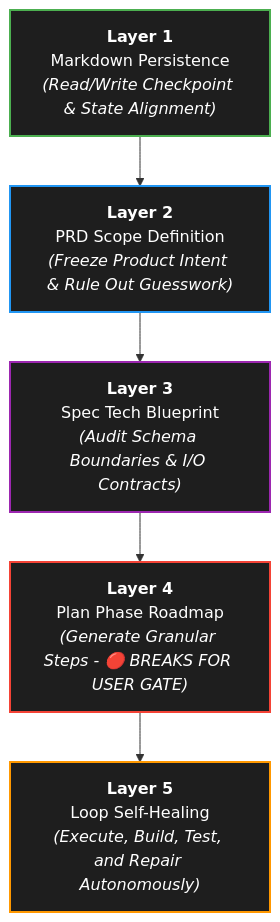
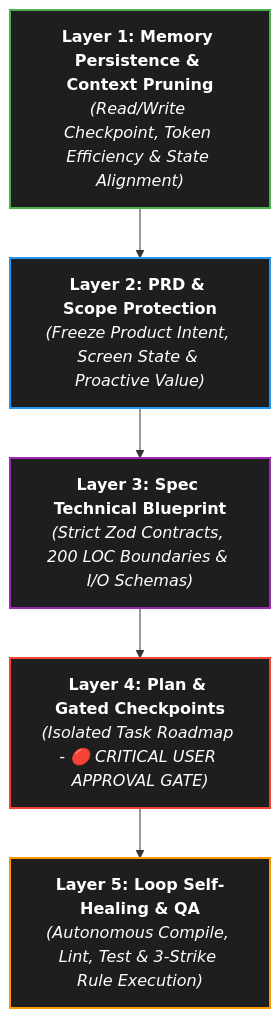
One commit to IDAN2468D/movie-booking-site changed the diagram in .agents/Skills/agent-stack-framework/SKILL.md. Above: the diagram before and after it, drawn with Mermaid. The commit also changed other lines of this file and 5 other files, not shown here.

````diff
--- a/.agents/Skills/agent-stack-framework/SKILL.md
+++ b/.agents/Skills/agent-stack-framework/SKILL.md
@@ -16,14 +16,14 @@
 ```mermaid
 graph TD
-    L1["<b>Layer 1</b><br/>Markdown Persistence<br/><i>(Read/Write Checkpoint & State Alignment)</i>"] --> L2
-    L2["<b>Layer 2</b><br/>PRD Scope Definition<br/><i>(Freeze Product Intent & Rule Out Guesswork)</i>"] --> L3
-    L3["<b>Layer 3</b><br/>Spec Tech Blueprint<br/><i>(Audit Schema Boundaries & I/O Contracts)</i>"] --> L4
-    L4["<b>Layer 4</b><br/>Plan Phase Roadmap<br/><i>(Generate Granular Steps - 🔴 BREAKS FOR USER GATE)</i>"] --> L5
-    L5["<b>Layer 5</b><br/>Loop Self-Healing<br/><i>(Execute, Build, Test, and Repair Autonomously)</i>"]
+    L1["<b>Layer 1: Memory Persistence & Context Pruning</b><br/><i>(Read/Write Checkpoint, Token Efficiency & State Alignment)</i>"] --> L2
+    L2["<b>Layer 2: PRD & Scope Protection</b><br/><i>(Freeze Product Intent, Screen State & Proactive Value)</i>"] --> L3
+    L3["<b>Layer 3: Spec Technical Blueprint</b><br/><i>(Strict Zod Contracts, 200 LOC Boundaries & I/O Schemas)</i>"] --> L4
+    L4["<b>Layer 4: Plan & Gated Checkpoints</b><br/><i>(Isolated Task Roadmap - 🔴 CRITICAL USER APPROVAL GATE)</i>"] --> L5
+    L5["<b>Layer 5: Loop Self-Healing & QA</b><br/><i>(Autonomous Compile, Lint, Test & 3-Strike Rule Execution)</i>"]
     
     style L1 fill:#1e1e1e,stroke:#4caf50,stroke-width:2px,color:#fff
     style L2 fill:#1e1e1e,stroke:#2196f3,stroke-width:2px,color:#fff
     style L3 fill:#1e1e1e,stroke:#9c27b0,stroke-width:2px,color:#fff
     style L4 fill:#1e1e1e,stroke:#f44336,stroke-width:2px,color:#fff
     style L5 fill:#1e1e1e,stroke:#ff9800,stroke-width:2px,color:#fff
 ```
````
